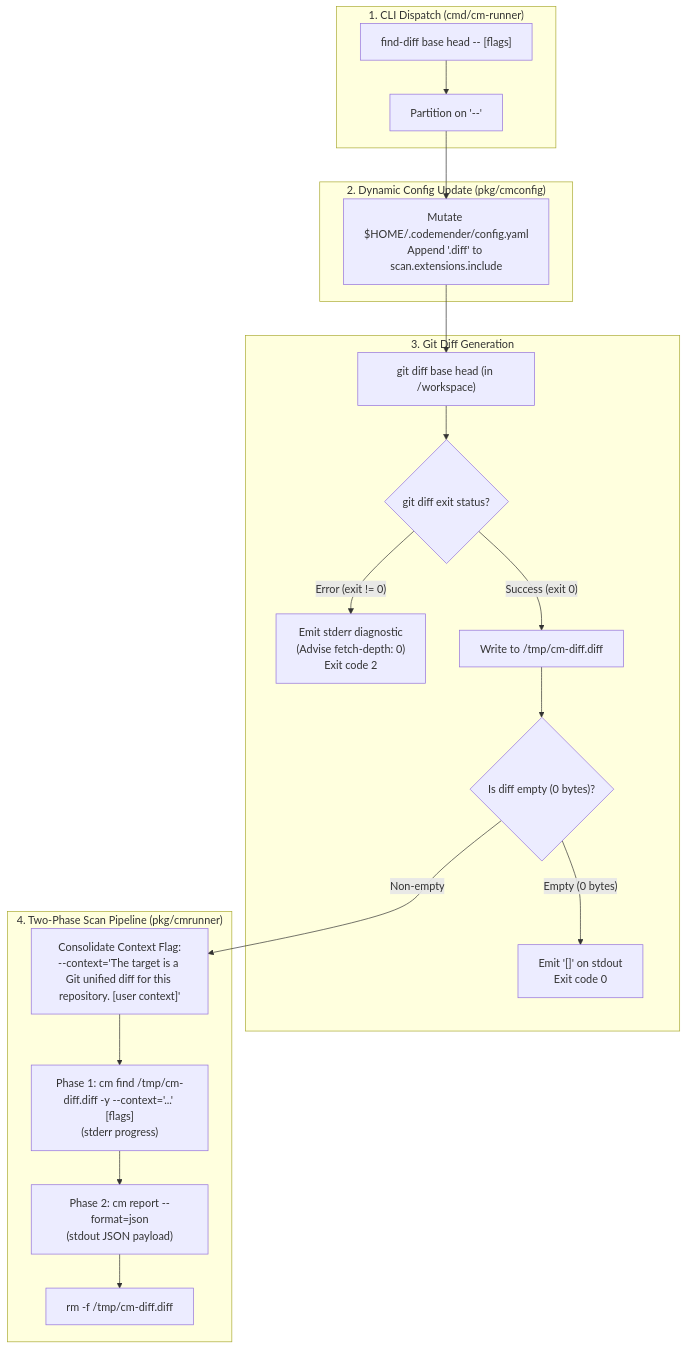
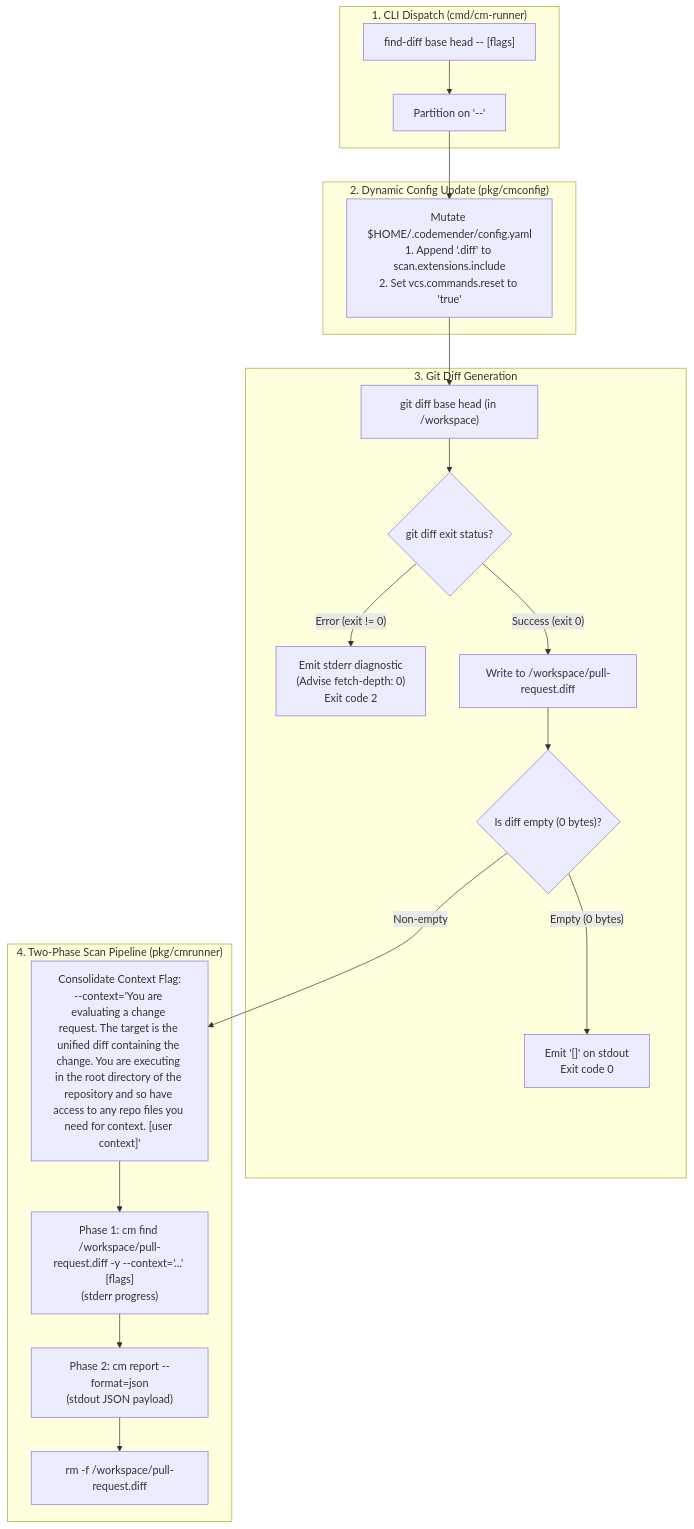
Before and after one commit to cledoux/cm-connect: the first of 2 diagrams in adrs/ADR-0007.md, drawn with Mermaid. The commit also changed other lines of this file and 9 other files, not shown here.

First line of the commit message:
fix(runner): configure git safe.directory, anchor find-diff in repository root, and disable pre-scan reset (#92)

````diff
--- a/adrs/ADR-0007.md
+++ b/adrs/ADR-0007.md
@@ -140,35 +157,35 @@
 ```mermaid
 flowchart TD
     subgraph Input["1. CLI Dispatch (cmd/cm-runner)"]
         RawArgs["find-diff base head -- [flags]"]
         Partition["Partition on '--'"]
     end
 
     subgraph Config["2. Dynamic Config Update (pkg/cmconfig)"]
-        Mutate["Mutate $HOME/.codemender/config.yaml<br>Append '.diff' to scan.extensions.include"]
+        Mutate["Mutate $HOME/.codemender/config.yaml<br>1. Append '.diff' to scan.extensions.include<br>2. Set vcs.commands.reset to 'true'"]
     end
 
     subgraph DiffGen["3. Git Diff Generation"]
         GitExec["git diff base head (in /workspace)"]
         GitCheck{"git diff exit status?"}
         GitError["Emit stderr diagnostic<br>(Advise fetch-depth: 0)<br>Exit code 2"]
-        WriteScratch["Write to /tmp/cm-diff.diff"]
+        WriteScratch["Write to /workspace/pull-request.diff"]
         EmptyCheck{"Is diff empty (0 bytes)?"}
         FastExit["Emit '[]' on stdout<br>Exit code 0"]
     end
 
     subgraph Execution["4. Two-Phase Scan Pipeline (pkg/cmrunner)"]
-        PromptPrep["Consolidate Context Flag:<br>--context='The target is a Git unified diff for this repository. [user context]'"]
-        Phase1["Phase 1: cm find /tmp/cm-diff.diff -y --context='...' [flags]<br>(stderr progress)"]
+        PromptPrep["Consolidate Context Flag:<br>--context='You are evaluating a change request. The target is the unified diff containing the change. You are executing in the root directory of the repository and so have access to any repo files you need for context. [user context]'"]
+        Phase1["Phase 1: cm find /workspace/pull-request.diff -y --context='...' [flags]<br>(stderr progress)"]
         Phase2["Phase 2: cm report --format=json<br>(stdout JSON payload)"]
-        Cleanup["rm -f /tmp/cm-diff.diff"]
+        Cleanup["rm -f /workspace/pull-request.diff"]
     end
 
     RawArgs --> Partition
     Partition --> Mutate
     Mutate --> GitExec --> GitCheck
     GitCheck -->|"Error (exit != 0)"| GitError
     GitCheck -->|"Success (exit 0)"| WriteScratch --> EmptyCheck
     EmptyCheck -->|"Empty (0 bytes)"| FastExit
     EmptyCheck -->|"Non-empty"| PromptPrep --> Phase1 --> Phase2 --> Cleanup
 ```
````
